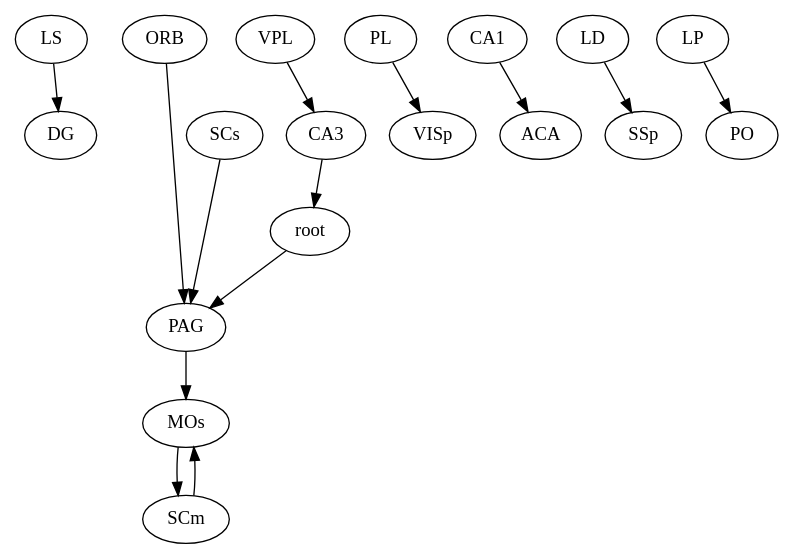
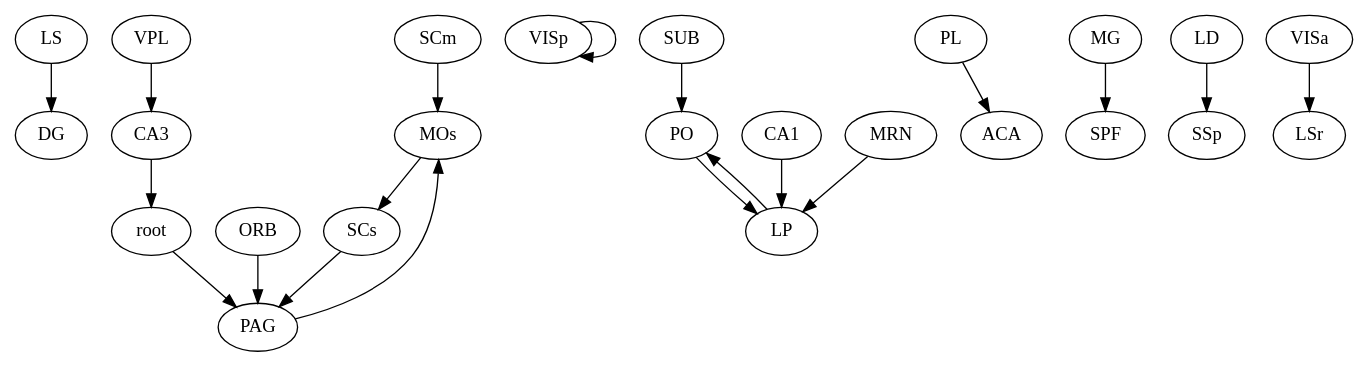
Before and after one commit to maryiii/FYI: the diagram in final_visual/pu.dot, drawn with Graphviz. The commit also changed 137 other files, not shown here.

```diff
--- a/final_visual/pu.dot
+++ b/final_visual/pu.dot
@@ -1,33 +1,45 @@
-strict digraph  {
-LS;
-CA3;
+digraph  {
+LS [region="basal ganglia"];
+MOs [region="non-visual cortex"];
+VISp [region="visual cortex"];
+CA3 [region=hippocampal];
+SUB [region=hippocampal];
 root;
-PL;
-CA1;
-MOs;
-ORB;
-SCs;
-SCm;
-PAG;
-LD;
-LP;
-VPL;
-DG;
-VISp;
-ACA;
-SSp;
-PO;
-LS -> DG  [weight="0.043514314853995956"];
-CA3 -> root  [weight="0.02846088694388948"];
-root -> PAG  [weight="0.04102830944817116"];
-PL -> VISp  [weight="0.027265111904867537"];
-CA1 -> ACA  [weight="0.025474453740595215"];
-MOs -> SCm  [weight="0.0007564857149753642"];
-ORB -> PAG  [weight="0.036227084064042306"];
-SCs -> PAG  [weight="0.044010443077723164"];
-SCm -> MOs  [weight="0.009233558473856256"];
-PAG -> MOs  [weight="0.041106688186457435"];
-LD -> SSp  [weight="0.031115279251450474"];
-LP -> PO  [weight="0.03894034618610566"];
-VPL -> CA3  [weight="0.026096734301531956"];
+PL [region="non-visual cortex"];
+CA1 [region=hippocampal];
+SCm [region=midbrain];
+SCs [region=midbrain];
+ORB [region="non-visual cortex"];
+PAG [region=midbrain];
+LP [region=thalamus];
+MG [region=thalamus];
+LD [region=thalamus];
+PO [region=thalamus];
+MRN [region=midbrain];
+VISa [region="visual cortex"];
+VPL [region=thalamus];
+DG [region=hippocampal];
+ACA [region="non-visual cortex"];
+SPF [region=thalamus];
+SSp [region="non-visual cortex"];
+LSr [region="basal ganglia"];
+LS -> DG  [weight="3.8075937961448463"];
+MOs -> SCs  [weight="3.082710399449956"];
+VISp -> VISp  [weight="-2.203326608216427"];
+CA3 -> root  [weight="3.0491942146157713"];
+SUB -> PO  [weight="5.499097160219184"];
+root -> PAG  [weight="5.70721587205611"];
+PL -> ACA  [weight="-3.5810489687550118"];
+CA1 -> LP  [weight="2.308288659202766"];
+SCm -> MOs  [weight="2.9809659273250704"];
+SCs -> PAG  [weight="2.9457518858341776"];
+ORB -> PAG  [weight="3.2507937067644233"];
+PAG -> MOs  [weight="4.321629653429647"];
+LP -> PO  [weight="3.6035530186548757"];
+MG -> SPF  [weight="13.695879678569398"];
+LD -> SSp  [weight="7.266104643331792"];
+PO -> LP  [weight="3.248323025666402"];
+MRN -> LP  [weight="6.321483615650265"];
+VISa -> LSr  [weight="33.24553275946841"];
+VPL -> CA3  [weight="6.640959562937641"];
 }
```
